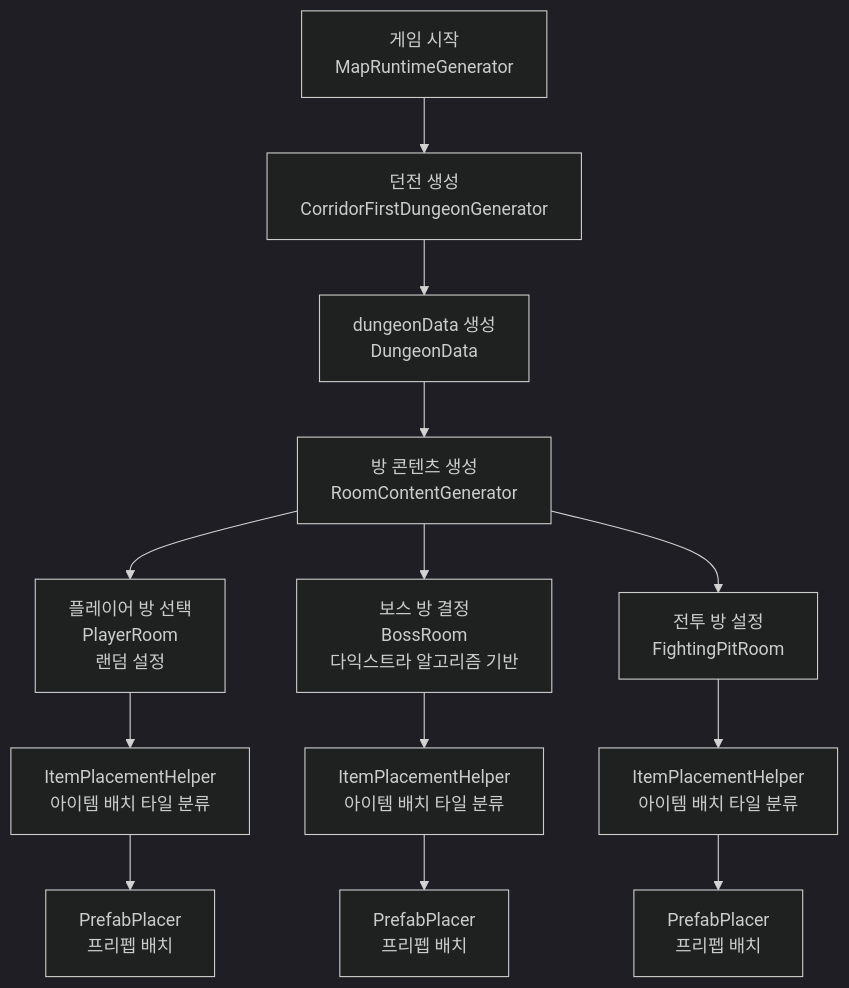
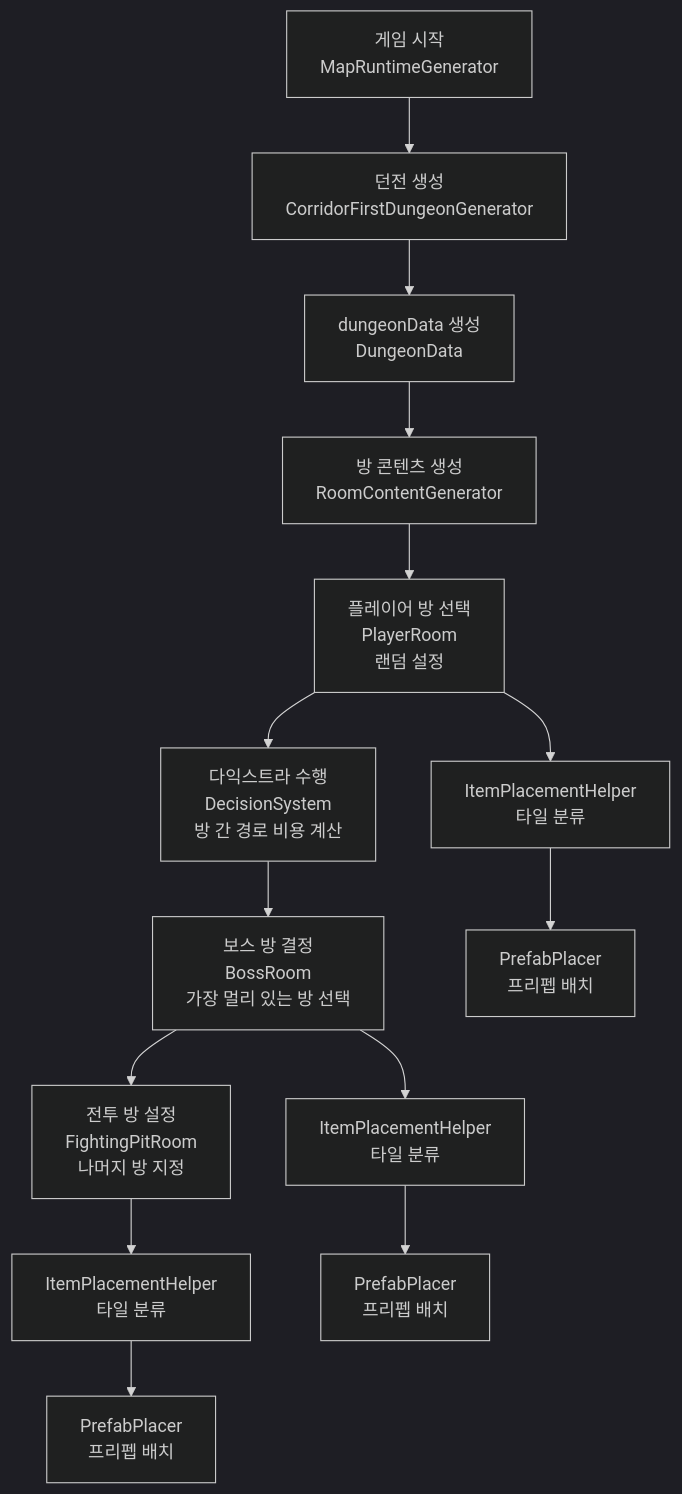
The diagram in README.md (sul1074/PlaugeBorn), drawn with Mermaid (dark theme) before and after one commit.

````diff
--- a/README.md
+++ b/README.md
@@ -89,15 +89,16 @@
 ```mermaid
 flowchart TD
     A[게임 시작<br>MapRuntimeGenerator] --> B[던전 생성<br>CorridorFirstDungeonGenerator]
     B --> C[dungeonData 생성<br>DungeonData]
     C --> D[방 콘텐츠 생성<br>RoomContentGenerator]
     D --> E1[플레이어 방 선택<br>PlayerRoom<br>랜덤 설정]
-    D --> E2[보스 방 결정<br>BossRoom<br>다익스트라 알고리즘 기반]
-    D --> E3[전투 방 설정<br>FightingPitRoom<br>]
-    E1 --> F1[ItemPlacementHelper<br>아이템 배치 타일 분류]
-    E2 --> F2[ItemPlacementHelper<br>아이템 배치 타일 분류]
-    E3 --> F3[ItemPlacementHelper<br>아이템 배치 타일 분류]
+    E1 --> E2[다익스트라 수행<br>DecisionSystem<br>방 간 경로 비용 계산]
+    E2 --> E3[보스 방 결정<br>BossRoom<br>가장 멀리 있는 방 선택]
+    E3 --> E4[전투 방 설정<br>FightingPitRoom<br>나머지 방 지정]
+    E1 --> F1[ItemPlacementHelper<br>타일 분류]
+    E3 --> F2[ItemPlacementHelper<br>타일 분류]
+    E4 --> F3[ItemPlacementHelper<br>타일 분류]
     F1 --> G1[PrefabPlacer<br>프리펩 배치]
     F2 --> G2[PrefabPlacer<br>프리펩 배치]
     F3 --> G3[PrefabPlacer<br>프리펩 배치]
 ```
````
